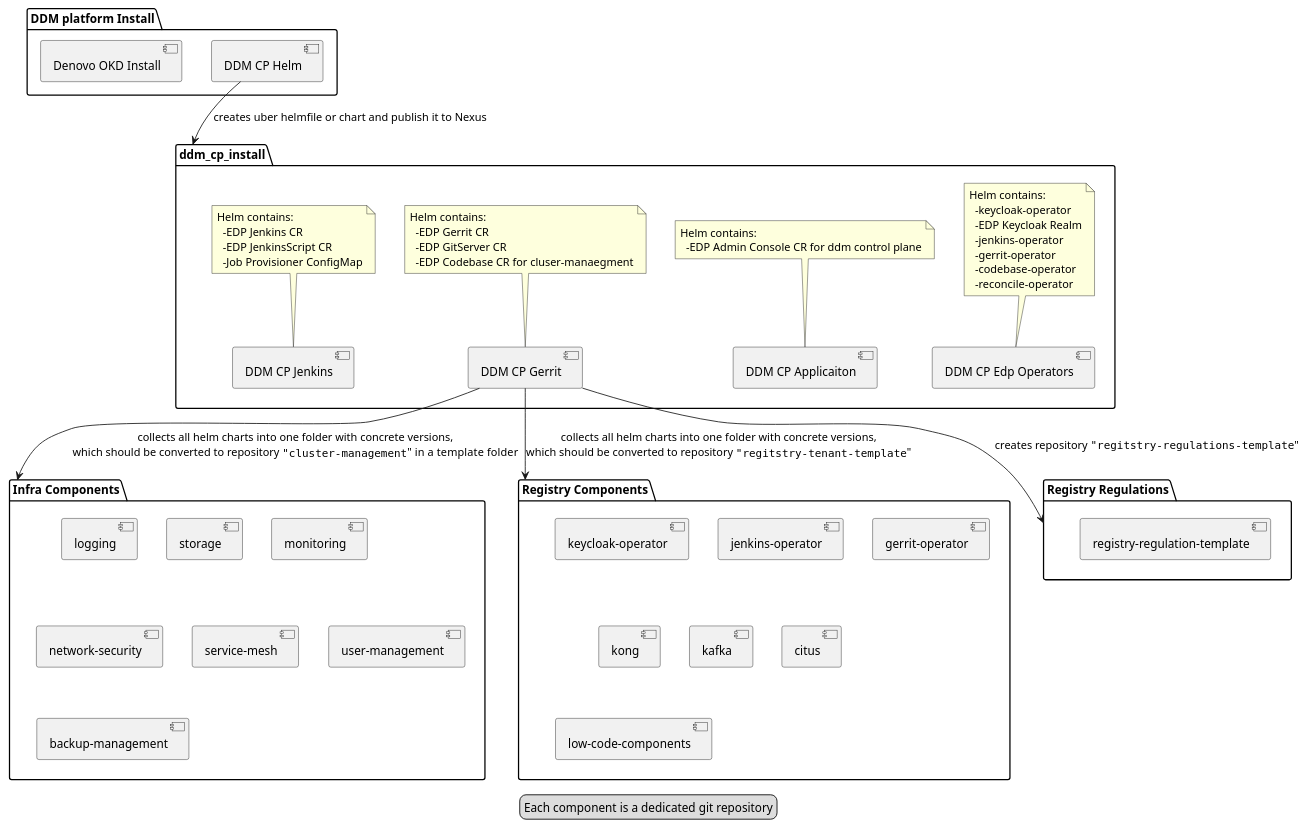
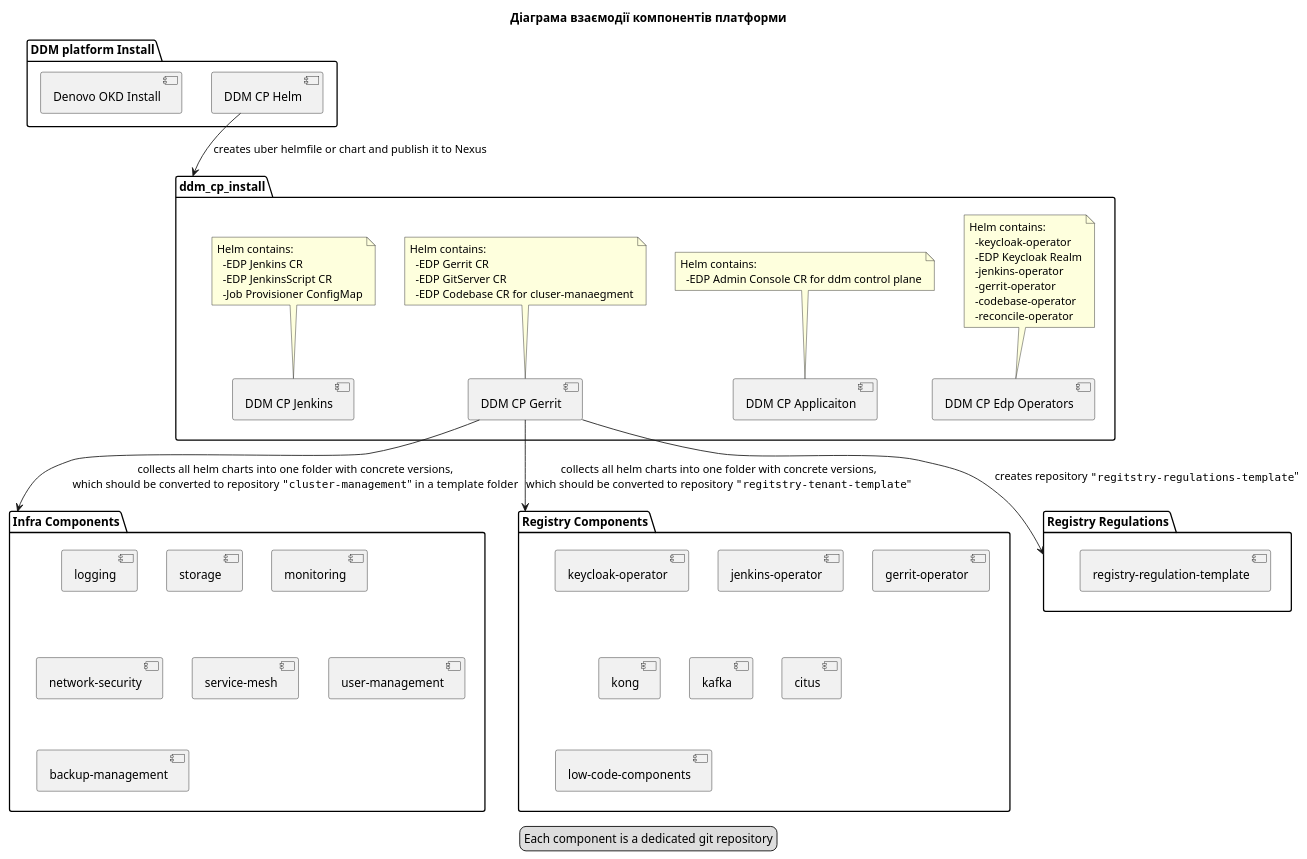
One commit to epam/edp-ddm-architecture changed the diagram in infrastructure/ddm-control-plane-components.puml. Above: the diagram before and after it, drawn with PlantUML. The commit also changed 3 other files, not shown here.

```diff
--- a/infrastructure/ddm-control-plane-components.puml
+++ b/infrastructure/ddm-control-plane-components.puml
@@ -1,76 +1,78 @@
 @startuml
+
+title Діаграма взаємодії компонентів платформи
 
 package "DDM platform Install" as ddm_platrom_install{
   [Denovo OKD Install] as denovo_okd_install
   [DDM CP Helm] as ddm_cp_helm
 }
 ddm_cp_helm -down-> ddm_cp_install: creates uber helmfile or chart and publish it to Nexus
 
 package "DDM Control Plane (CP) install" as ddm_cp_install {
   [DDM CP Edp Operators] as ddm_cp_edp_operators
   note top of ddm_cp_edp_operators
     Helm contains:
       -keycloak-operator
       -EDP Keycloak Realm
       -jenkins-operator
       -gerrit-operator
       -codebase-operator
       -reconcile-operator
   end note
   [DDM CP Applicaiton] as ddm_cp_app
   note top of ddm_cp_app
     Helm contains:
       -EDP Admin Console CR for ddm control plane
   end note
   [DDM CP Gerrit] as ddm_gerrit
   note top of ddm_gerrit
     Helm contains:
       -EDP Gerrit CR
       -EDP GitServer CR
       -EDP Codebase CR for cluser-manaegment
   end note
   [DDM CP Jenkins] as ddm_jenkins
   note top of ddm_jenkins
     Helm contains:
       -EDP Jenkins CR
       -EDP JenkinsScript CR
       -Job Provisioner ConfigMap
   end note
 }
 
 package "Infra Components" as infra_components {
   [logging]
   [storage]
   [monitoring]
   [network-security]
   [service-mesh]
   [user-management]
   [backup-management]
 }
 
 denovo_okd_install -[hidden]down-> ddm_cp_install
 ddm_gerrit -down-> infra_components : collects all helm charts into one folder with concrete versions,\nwhich should be converted to repository """cluster-management"""  in a template folder
 
 package "Registry Components" as registry_components {
   [keycloak-operator]
   [jenkins-operator]
   [gerrit-operator]
   [kong]
   [kafka]
   [citus]
   [low-code-components]
 }
 
 ddm_gerrit -down-> registry_components : collects all helm charts into one folder with concrete versions,\nwhich should be converted to repository """regitstry-tenant-template"""
 
 package "Registry Regulations" as registry_regulations {
   [registry-regulation-template]
 }
 
 ddm_gerrit -down-> registry_regulations : creates repository """regitstry-regulations-template"""
 
 legend
  Each component is a dedicated git repository
 end legend
 
 @enduml
```
